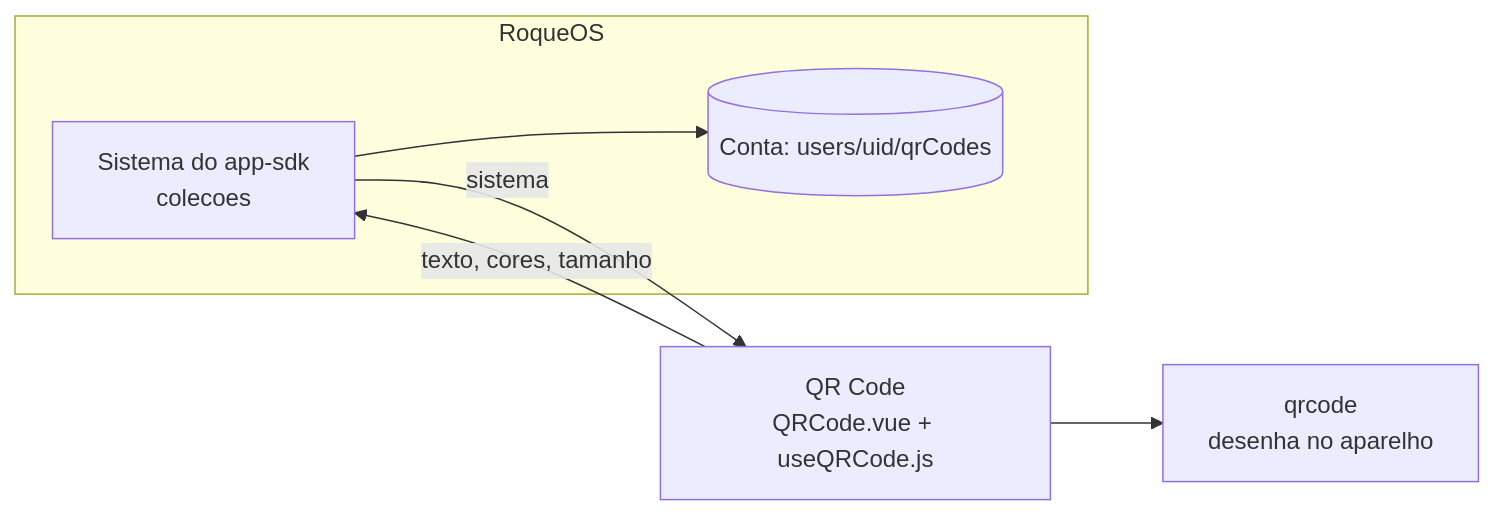
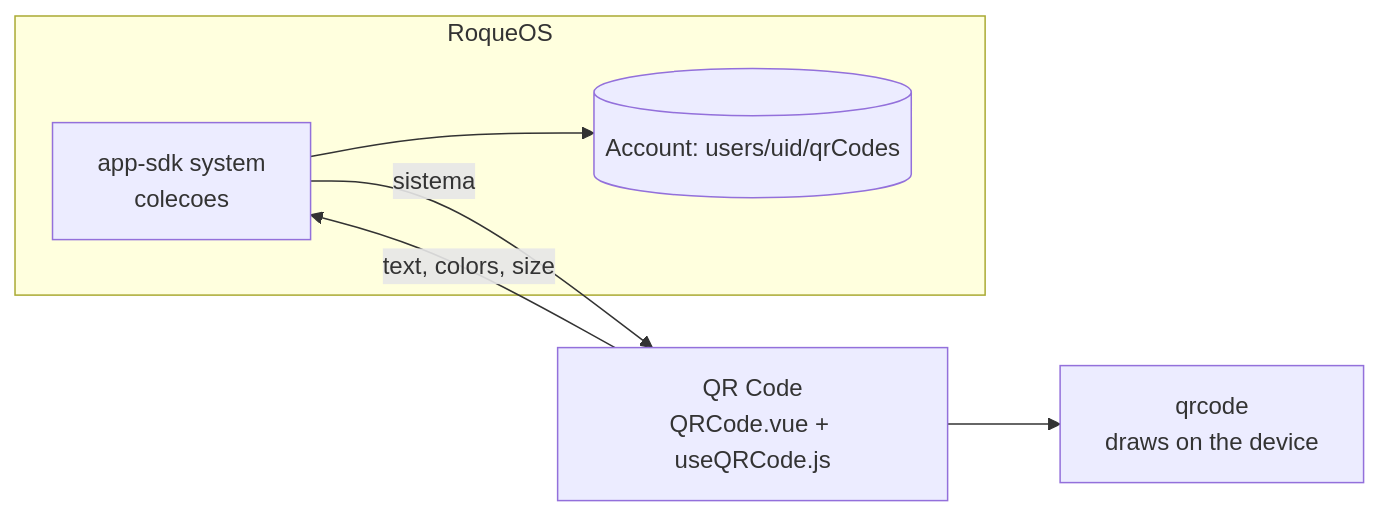
One commit to roqueos-apps/qrcode changed the diagram in README.md. Above: the diagram before and after it, drawn with Mermaid. The commit also changed other lines of this file and 29 other files, not shown here.

````diff
--- a/README.md
+++ b/README.md
@@ -32,13 +33,13 @@
 ```mermaid
 flowchart LR
   subgraph RoqueOS
-    H[Sistema do app-sdk<br/>colecoes]
-    F[(Conta: users/uid/qrCodes)]
+    H[app-sdk system<br/>colecoes]
+    F[(Account: users/uid/qrCodes)]
   end
   Q[QR Code<br/>QRCode.vue + useQRCode.js]
-  L[qrcode<br/>desenha no aparelho]
+  L[qrcode<br/>draws on the device]
   H -- sistema --> Q
-  Q -- texto, cores, tamanho --> H
+  Q -- text, colors, size --> H
   H --> F
   Q --> L
 ```
````
